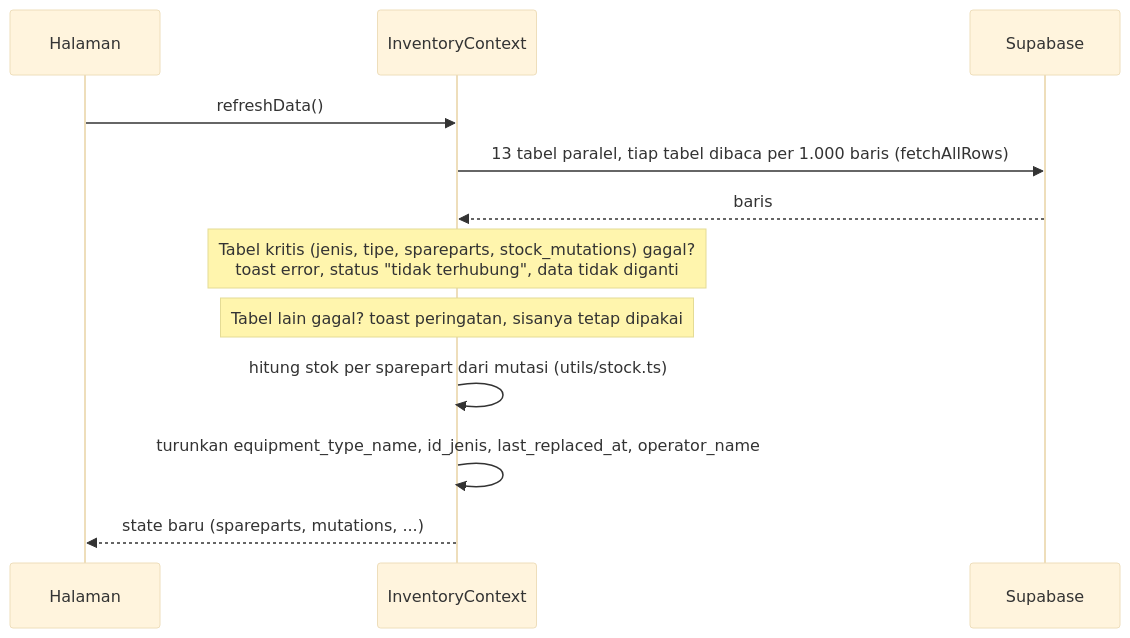
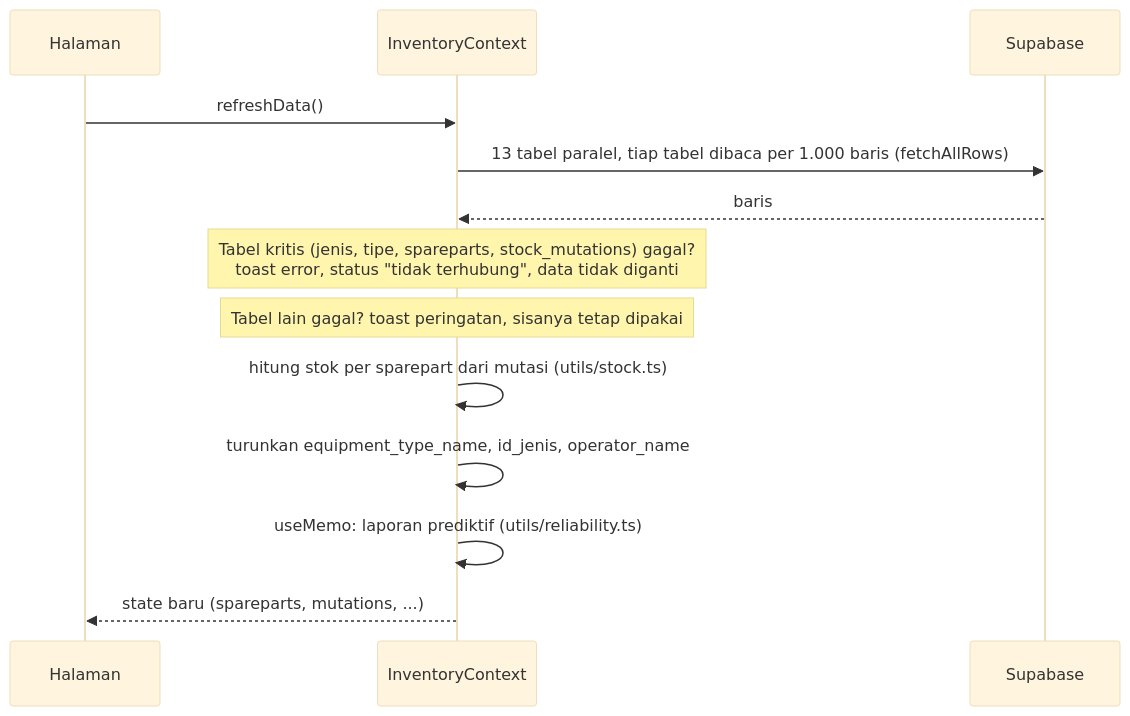
The second of 3 diagrams in docs/ARCHITECTURE.md (seevent/masih-berapa), drawn with Mermaid (base theme) before and after one commit. The commit also changed other lines of this file and 44 other files, not shown here.

````diff
--- a/docs/ARCHITECTURE.md
+++ b/docs/ARCHITECTURE.md
@@ -111,14 +115,15 @@
 ```mermaid
 sequenceDiagram
     participant UI as Halaman
     participant Ctx as InventoryContext
     participant SB as Supabase
     UI->>Ctx: refreshData()
     Ctx->>SB: 13 tabel paralel, tiap tabel dibaca per 1.000 baris (fetchAllRows)
     SB-->>Ctx: baris
     Note over Ctx: Tabel kritis (jenis, tipe, spareparts, stock_mutations) gagal?<br/>toast error, status "tidak terhubung", data tidak diganti
     Note over Ctx: Tabel lain gagal? toast peringatan, sisanya tetap dipakai
     Ctx->>Ctx: hitung stok per sparepart dari mutasi (utils/stock.ts)
-    Ctx->>Ctx: turunkan equipment_type_name, id_jenis, last_replaced_at, operator_name
+    Ctx->>Ctx: turunkan equipment_type_name, id_jenis, operator_name
+    Ctx->>Ctx: useMemo: laporan prediktif (utils/reliability.ts)
     Ctx-->>UI: state baru (spareparts, mutations, ...)
 ```
````
